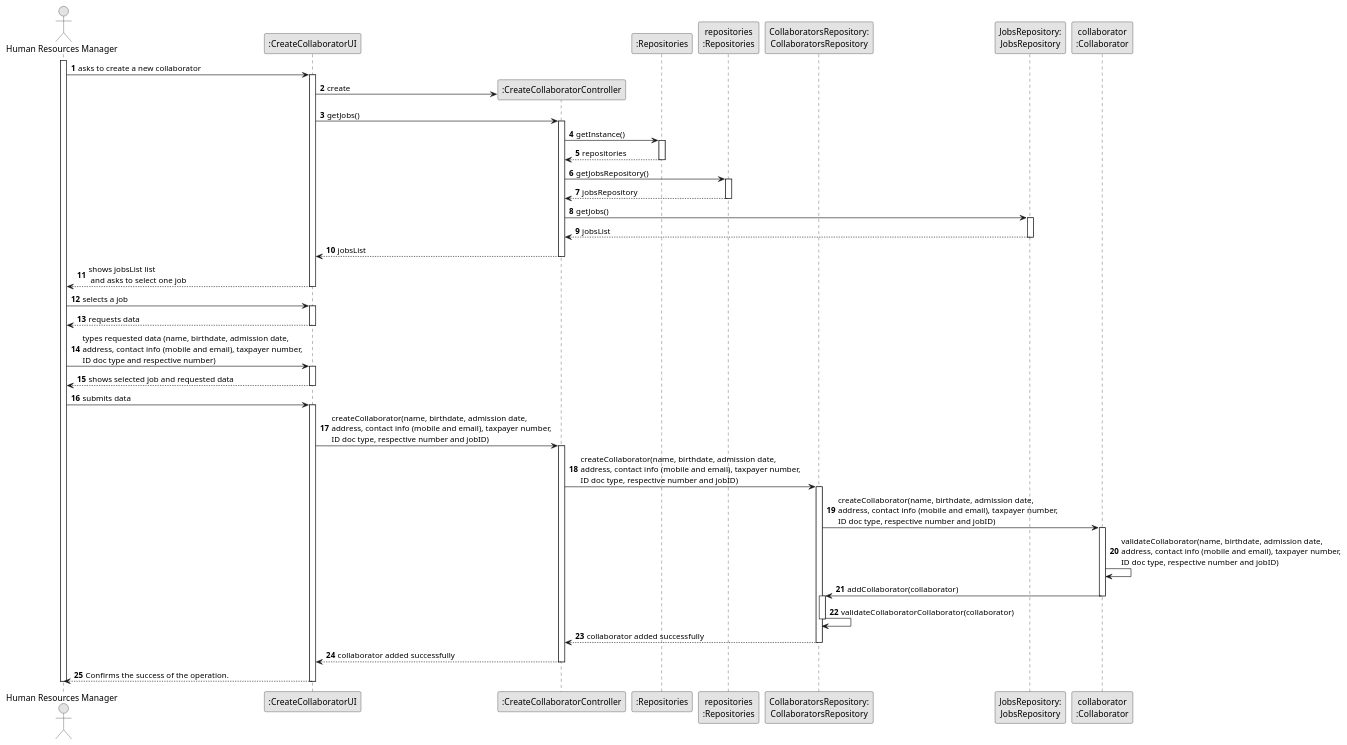
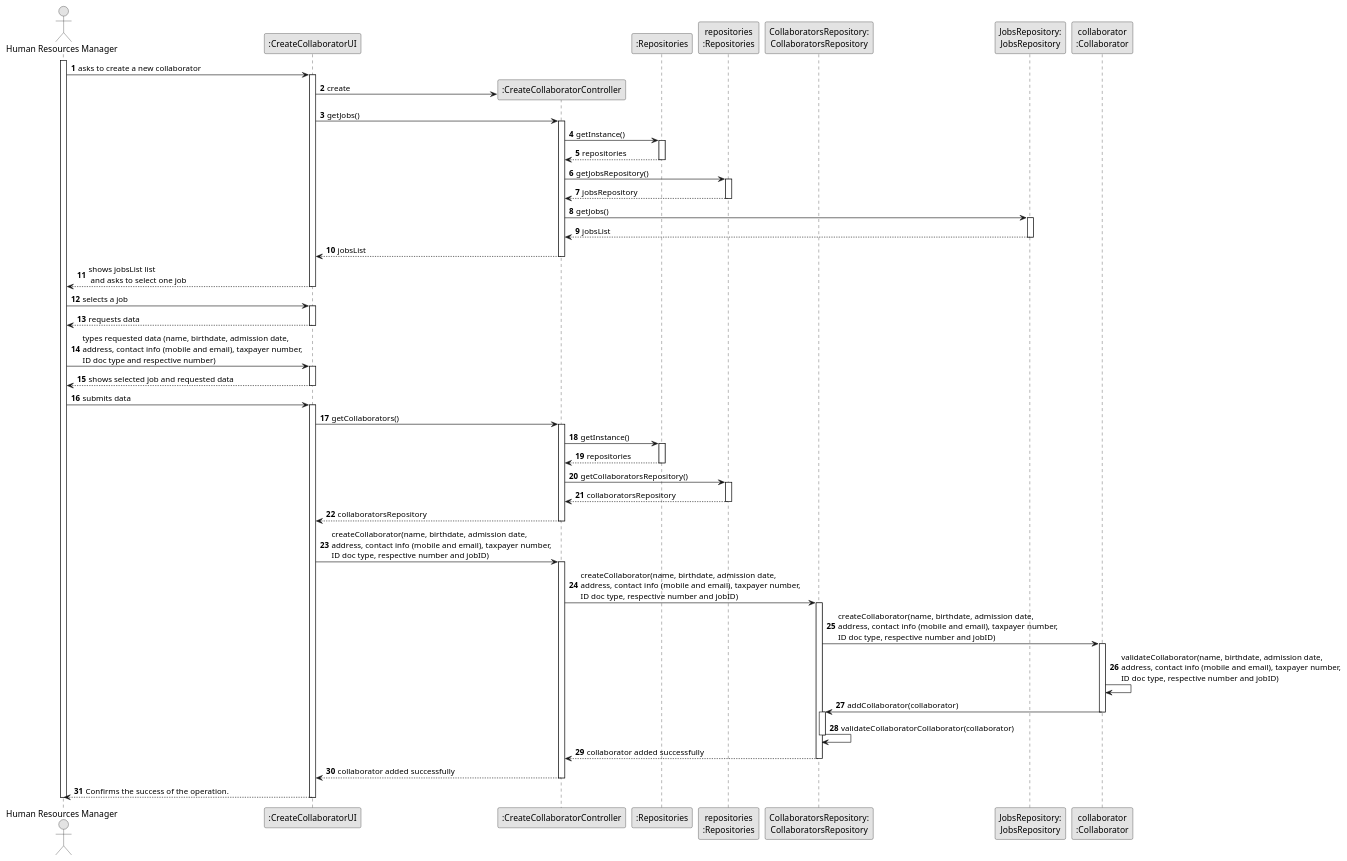
The diagram in docs/sprintB/us003/03.design/puml/us003-sequence-diagram-full.puml (SAEmanuel/Green_Spaces_Management_ISEP), drawn with PlantUML before and after one commit.

Commit message:
US3 Sequence diagram tenth draft

```diff
--- a/docs/sprintB/us003/03.design/puml/us003-sequence-diagram-full.puml
+++ b/docs/sprintB/us003/03.design/puml/us003-sequence-diagram-full.puml
@@ -1,103 +1,121 @@
 @startuml
 skinparam monochrome true
 skinparam packageStyle rectangle
 skinparam shadowing false
 
 autonumber
 
 'hide footbox
 actor "Human Resources Manager" as HRM
 participant ":CreateCollaboratorUI" as UI
 participant ":CreateCollaboratorController" as CTRL
 participant ":Repositories" as RepositorySingleton
 participant "repositories\n:Repositories" as PLAT
 participant "CollaboratorsRepository:\nCollaboratorsRepository" as CollaboratorsRepository
 participant "JobsRepository:\nJobsRepository" as JobsRepository
 participant "collaborator\n:Collaborator" as Collaborator
 
 activate HRM
 
         HRM -> UI : asks to create a new collaborator
 
         activate UI
 
             UI -> CTRL** : create
 
                 UI -> CTRL : getJobs()
                 activate CTRL
 
                 CTRL -> RepositorySingleton : getInstance()
                                 activate RepositorySingleton
 
                                     RepositorySingleton --> CTRL: repositories
                                 deactivate RepositorySingleton
 
                                 CTRL -> PLAT : getJobsRepository()
                                 activate PLAT
 
                                     PLAT --> CTRL: jobsRepository
                                 deactivate PLAT
 
                 CTRL -> JobsRepository : getJobs()
                 activate JobsRepository
 
                     JobsRepository --> CTRL : jobsList
                 deactivate JobsRepository
 
                 CTRL --> UI : jobsList
             deactivate CTRL
 
             UI --> HRM : shows jobsList list\n and asks to select one job
         deactivate UI
 
     HRM -> UI : selects a job
     activate UI
 
         UI --> HRM : requests data
     deactivate UI
 
     HRM -> UI : types requested data (name, birthdate, admission date,\naddress, contact info (mobile and email), taxpayer number,\nID doc type and respective number)
     activate UI
 
         UI --> HRM : shows selected job and requested data
     deactivate UI
 
     HRM -> UI : submits data
     activate UI
 
+    UI -> CTRL : getCollaborators()
+    activate CTRL
+
+    CTRL -> RepositorySingleton : getInstance()
+                                    activate RepositorySingleton
+
+                                        RepositorySingleton --> CTRL: repositories
+                                    deactivate RepositorySingleton
+
+                                    CTRL -> PLAT : getCollaboratorsRepository()
+                                    activate PLAT
+
+                                        PLAT --> CTRL: collaboratorsRepository
+                                    deactivate PLAT
+
+                    CTRL --> UI : collaboratorsRepository
+                deactivate CTRL
+
         UI -> CTRL : createCollaborator(name, birthdate, admission date,\naddress, contact info (mobile and email), taxpayer number,\nID doc type, respective number and jobID)
         activate CTRL
 
             CTRL -> CollaboratorsRepository : createCollaborator(name, birthdate, admission date,\naddress, contact info (mobile and email), taxpayer number,\nID doc type, respective number and jobID)
 
             activate CollaboratorsRepository
 
             CollaboratorsRepository -> Collaborator : createCollaborator(name, birthdate, admission date,\naddress, contact info (mobile and email), taxpayer number,\nID doc type, respective number and jobID)
             activate Collaborator
 
                 Collaborator -> Collaborator : validateCollaborator(name, birthdate, admission date,\naddress, contact info (mobile and email), taxpayer number,\nID doc type, respective number and jobID)
 
 
             Collaborator -> CollaboratorsRepository : addCollaborator(collaborator)
             deactivate Collaborator
 
             activate CollaboratorsRepository
 
             CollaboratorsRepository -> CollaboratorsRepository: validateCollaboratorCollaborator(collaborator)
 
             deactivate CollaboratorsRepository
 
         CollaboratorsRepository --> CTRL : collaborator added successfully
         deactivate CollaboratorsRepository
         deactivate Collaborator
 
         CTRL --> UI: collaborator added successfully
         deactivate CTRL
 
         UI --> HRM: Confirms the success of the operation.
 
     deactivate UI
 
 deactivate HRM
 
 @enduml
```
